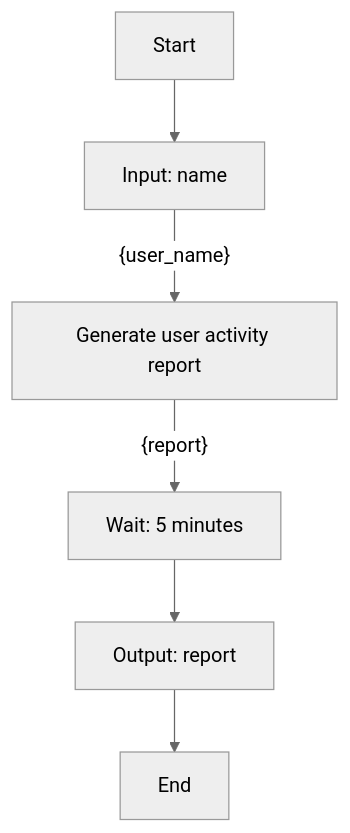
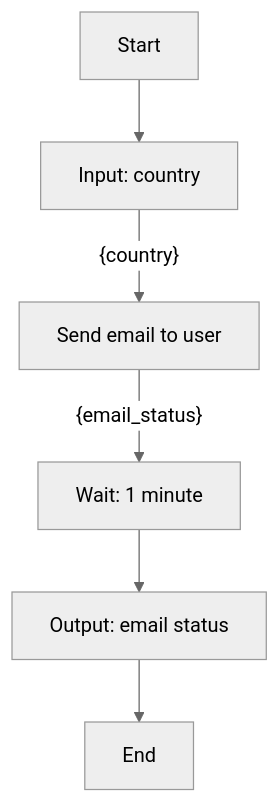
Before and after one commit to YJ-928/Temporal-Python-SDK: the diagram in poc-dsl-compiler/input/workflows/workflow_6.md, drawn with Mermaid (neutral theme). The commit also changed 48 other files, not shown here.

````diff
--- a/poc-dsl-compiler/input/workflows/workflow_6.md
+++ b/poc-dsl-compiler/input/workflows/workflow_6.md
@@ -1,8 +1,8 @@
 ```mermaid
 graph TD
-    A[Start] --> B[Input: name]
-    B[Input: name] -- {user_name} --> C[Generate user activity report]
-    C[Generate user activity report] -- {report} --> D[Wait: 5 minutes]
-    D[Wait: 5 minutes] --> E[Output: report]
-    E[Output: report] --> F[End]
+    A[Start] --> B[Input: country]
+    B[Input: country] -- {country} --> C[Send email to user]
+    C[Send email to user] -- {email_status} --> D[Wait: 1 minute]
+    D[Wait: 1 minute] --> E[Output: email status]
+    E[Output: email status] --> F[End]
 ```
````
